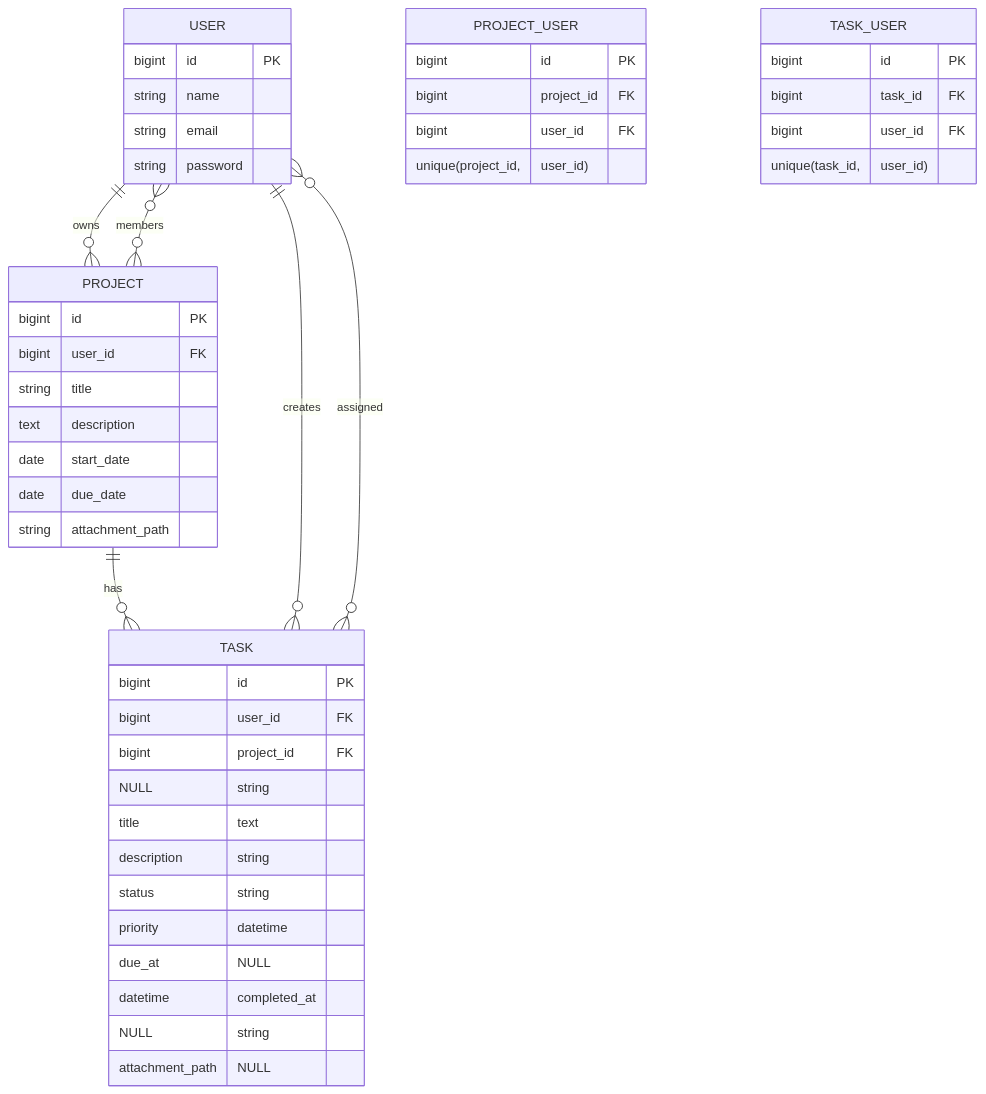
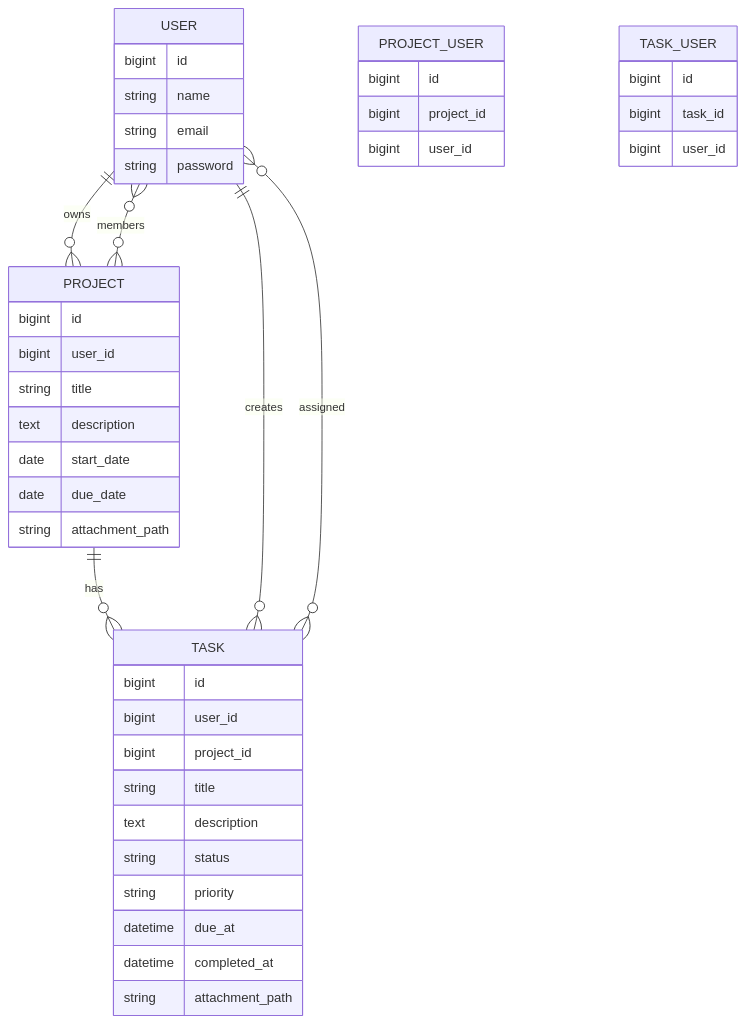
One commit to cauecrb/gerenciafor_atividades_php changed the diagram in README.md. Above: the diagram before and after it, drawn with Mermaid. The commit also changed other lines of this file, not shown here.

Commit message:
fix:correcao readme 2

````diff
--- a/README.md
+++ b/README.md
@@ -69,49 +69,47 @@
 ```mermaid
 erDiagram
     USER ||--o{ PROJECT : owns
     PROJECT ||--o{ TASK : has
     USER ||--o{ TASK : creates
 
     PROJECT }o--o{ USER : members
     TASK }o--o{ USER : assigned
 
     USER {
-        bigint id PK
+        bigint id
         string name
         string email
         string password
     }
     PROJECT {
-        bigint id PK
-        bigint user_id FK
+        bigint id
+        bigint user_id
         string title
         text description
         date start_date
         date due_date
         string attachment_path
     }
     TASK {
-        bigint id PK
-        bigint user_id FK
-        bigint project_id FK NULL
+        bigint id
+        bigint user_id
+        bigint project_id
         string title
         text description
         string status
         string priority
-        datetime due_at NULL
-        datetime completed_at NULL
-        string attachment_path NULL
+        datetime due_at
+        datetime completed_at
+        string attachment_path
     }
     PROJECT_USER {
-        bigint id PK
-        bigint project_id FK
-        bigint user_id FK
-        unique(project_id, user_id)
+        bigint id
+        bigint project_id
+        bigint user_id
     }
     TASK_USER {
-        bigint id PK
-        bigint task_id FK
-        bigint user_id FK
-        unique(task_id, user_id)
+        bigint id
+        bigint task_id
+        bigint user_id
     }
 ```
````
